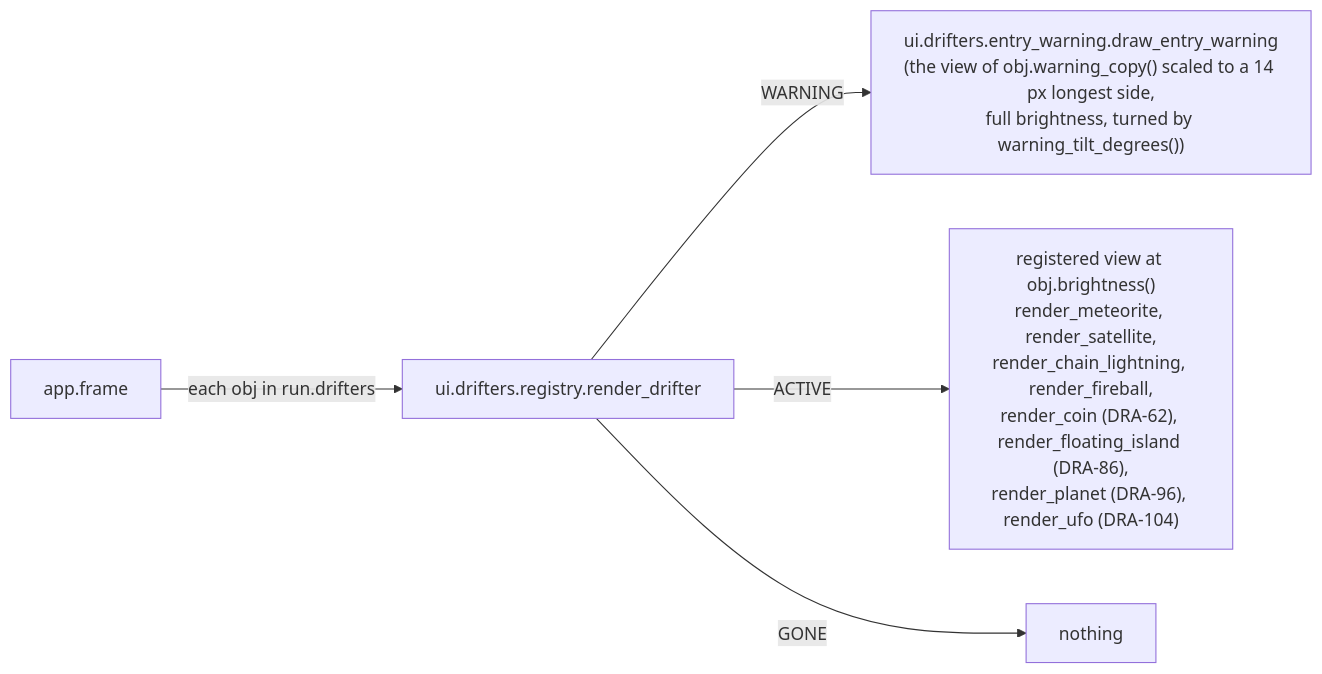
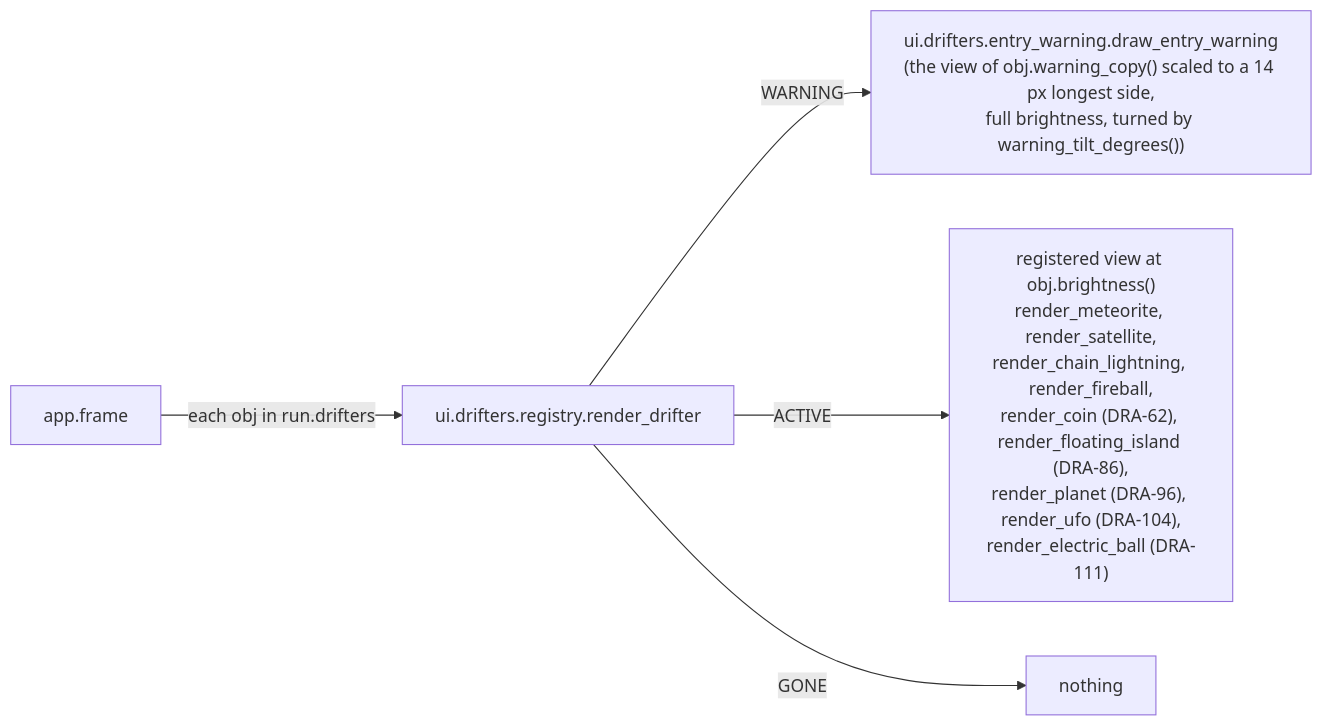
The diagram in docs/contracts/systems/drifters/shared/views.md (david-mntl/driftward-ace), drawn with Mermaid before and after one commit. The commit also changed other lines of this file and 23 other files, not shown here.

Commit message:
docs(contracts): design DRA-111 electric ball, tasks and impact

````diff
--- a/docs/contracts/systems/drifters/shared/views.md
+++ b/docs/contracts/systems/drifters/shared/views.md
@@ -8,7 +8,7 @@
 ```mermaid
 flowchart LR
   APP["app.frame"] -- "each obj in run.drifters" --> R["ui.drifters.registry.render_drifter"]
   R -- "WARNING" --> W["ui.drifters.entry_warning.draw_entry_warning<br/>(the view of obj.warning_copy() scaled to a 14 px longest side,<br/>full brightness, turned by warning_tilt_degrees())"]
-  R -- "ACTIVE" --> V["registered view at obj.brightness()<br/>render_meteorite, render_satellite,<br/>render_chain_lightning, render_fireball,<br/>render_coin (DRA-62), render_floating_island (DRA-86),<br/>render_planet (DRA-96), render_ufo (DRA-104)"]
+  R -- "ACTIVE" --> V["registered view at obj.brightness()<br/>render_meteorite, render_satellite,<br/>render_chain_lightning, render_fireball,<br/>render_coin (DRA-62), render_floating_island (DRA-86),<br/>render_planet (DRA-96), render_ufo (DRA-104),<br/>render_electric_ball (DRA-111)"]
   R -- "GONE" --> N["nothing"]
 ```
````
